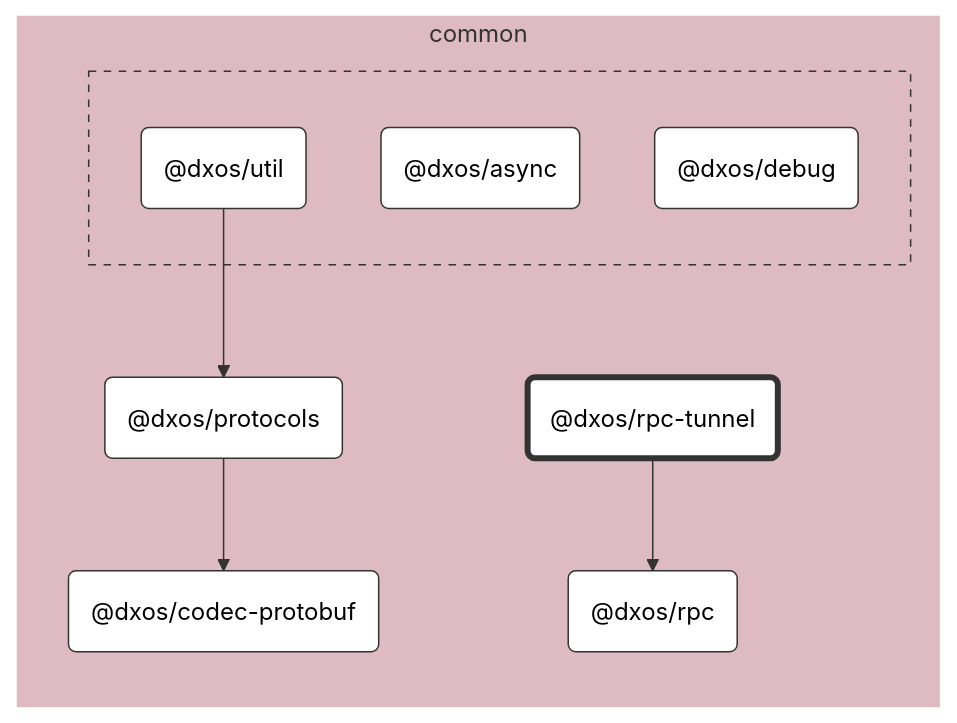
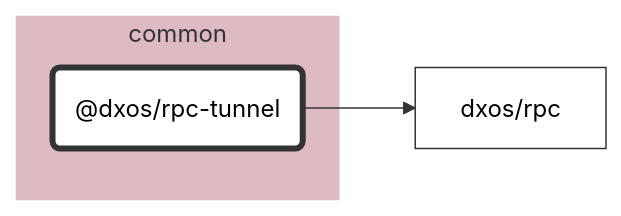
Before and after one commit to dxos/dxos: the diagram in packages/common/rpc-tunnel/docs/README.md, drawn with Mermaid (neutral theme). The commit also changed 84 other files, not shown here.

````diff
--- a/packages/common/rpc-tunnel/docs/README.md
+++ b/packages/common/rpc-tunnel/docs/README.md
@@ -7,51 +7,21 @@
 ```mermaid
 %%{ init: {'flowchart':{'curve':'basis'}} }%%
 
 flowchart LR
 
-%% Links
-dxos/protocols --> dxos/codec-protobuf;
-dxos/rpc-tunnel --> dxos/rpc;
-dxos/util --> dxos/protocols;
+%% Classes
+classDef default fill:#fff,stroke:#333,stroke-width:1px
+classDef root fill:#fff,stroke:#333,stroke-width:4px
 
-%% Sections
-subgraph common
-  style common fill:#debac2,stroke:#fff;
+%% Nodes
 
-  dxos/codec-protobuf("@dxos/codec-protobuf")
-  dxos/protocols("@dxos/protocols")
-  dxos/rpc("@dxos/rpc")
-  dxos/rpc-tunnel("@dxos/rpc-tunnel")
-
-  subgraph common-excluded [ ]
-    style common-excluded fill:#debac2,stroke:#333,stroke-dasharray:5 5;
-
-    dxos/async("@dxos/async")
-    dxos/debug("@dxos/debug")
-    dxos/util("@dxos/util")
-  end
+subgraph common [common]
+  style common fill:#debac2,stroke:#fff
+  dxos/rpc-tunnel("@dxos/rpc-tunnel"):::root
+  click dxos/rpc-tunnel "dxos/dxos/tree/main/packages/common/rpc-tunnel/docs"
 end
 
-
-%% Hyperlinks
-click dxos/async "dxos/dxos/tree/main/packages/common/async/docs";
-click dxos/codec-protobuf "dxos/dxos/tree/main/packages/common/codec-protobuf/docs";
-click dxos/debug "dxos/dxos/tree/main/packages/common/debug/docs";
-click dxos/protocols "dxos/dxos/tree/main/packages/common/protocols/docs";
-click dxos/rpc "dxos/dxos/tree/main/packages/common/rpc/docs";
-click dxos/util "dxos/dxos/tree/main/packages/common/util/docs";
-
-%% Styles
-classDef rootNode fill:#fff,stroke:#333,stroke-width:4px
-classDef defaultNode fill:#fff,stroke:#333,stroke-width:1px
+%% Links
 linkStyle default stroke:#333,stroke-width:1px
-
-dxos/rpc-tunnel:::rootNode
-
-dxos/async:::defaultNode
-dxos/codec-protobuf:::defaultNode
-dxos/debug:::defaultNode
-dxos/protocols:::defaultNode
-dxos/rpc:::defaultNode
-dxos/util:::defaultNode
+dxos/rpc-tunnel --> dxos/rpc
 ```
````
